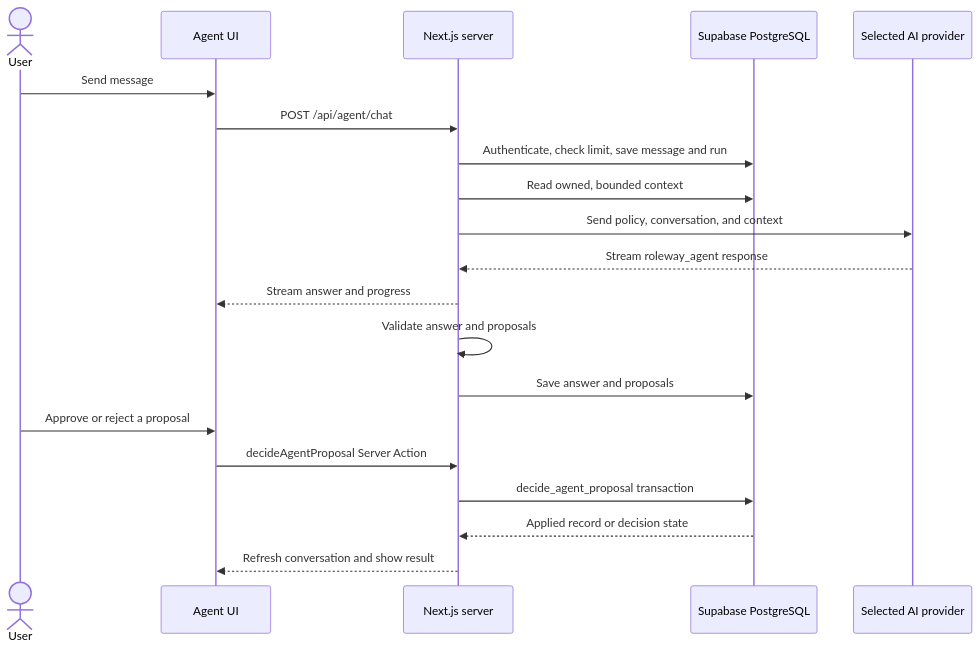
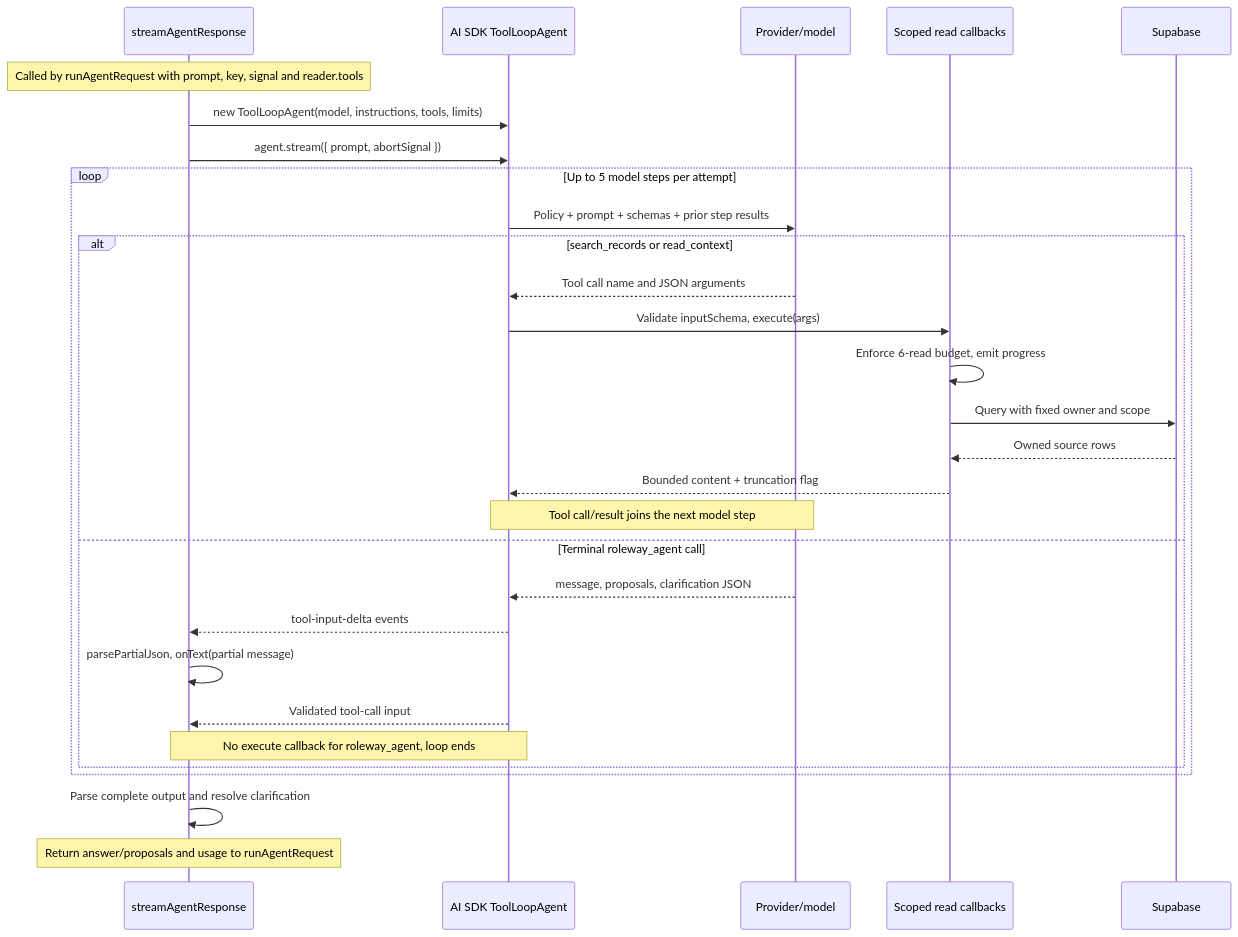
One commit to vn-aj-vngrd/roleway changed the second of 4 diagrams in docs/HOW_ROLEWAY_AGENT_WORKS.md. Above: the diagram before and after it, drawn with Mermaid. The commit also changed other lines of this file and 1 other file, not shown here.

First line of the commit message:
fix: Correct billing help spacing and document Agent pipeline

````diff
--- a/docs/HOW_ROLEWAY_AGENT_WORKS.md
+++ b/docs/HOW_ROLEWAY_AGENT_WORKS.md
@@ -12,22 +55,32 @@
 ```mermaid
 sequenceDiagram
-    actor User
-    participant UI as Agent UI
-    participant API as Next.js server
-    participant DB as Supabase PostgreSQL
-    participant Model as Selected AI provider
-    User->>UI: Send message
-    UI->>API: POST /api/agent/chat
-    API->>DB: Authenticate, check limit, save message and run
-    API->>DB: Read owned, bounded context
-    API->>Model: Send policy, conversation, and context
-    Model-->>API: Stream roleway_agent response
-    API-->>UI: Stream answer and progress
-    API->>API: Validate answer and proposals
-    API->>DB: Save answer and proposals
-    User->>UI: Approve or reject a proposal
-    UI->>API: decideAgentProposal Server Action
-    API->>DB: decide_agent_proposal transaction
-    DB-->>API: Applied record or decision state
-    API-->>UI: Refresh conversation and show result
+    participant Server as streamAgentResponse
+    participant SDK as AI SDK ToolLoopAgent
+    participant Model as Provider/model
+    participant Read as Scoped read callbacks
+    participant DB as Supabase
+
+    Note over Server: Called by runAgentRequest with prompt, key, signal and reader.tools
+    Server->>SDK: new ToolLoopAgent(model, instructions, tools, limits)
+    Server->>SDK: agent.stream({ prompt, abortSignal })
+    loop Up to 5 model steps per attempt
+        SDK->>Model: Policy + prompt + schemas + prior step results
+        alt search_records or read_context
+            Model-->>SDK: Tool call name and JSON arguments
+            SDK->>Read: Validate inputSchema, execute(args)
+            Read->>Read: Enforce 6-read budget, emit progress
+            Read->>DB: Query with fixed owner and scope
+            DB-->>Read: Owned source rows
+            Read-->>SDK: Bounded content + truncation flag
+            Note over SDK,Model: Tool call/result joins the next model step
+        else Terminal roleway_agent call
+            Model-->>SDK: message, proposals, clarification JSON
+            SDK-->>Server: tool-input-delta events
+            Server->>Server: parsePartialJson, onText(partial message)
+            SDK-->>Server: Validated tool-call input
+            Note over Server,SDK: No execute callback for roleway_agent, loop ends
+        end
+    end
+    Server->>Server: Parse complete output and resolve clarification
+    Note over Server: Return answer/proposals and usage to runAgentRequest
 ```
````
